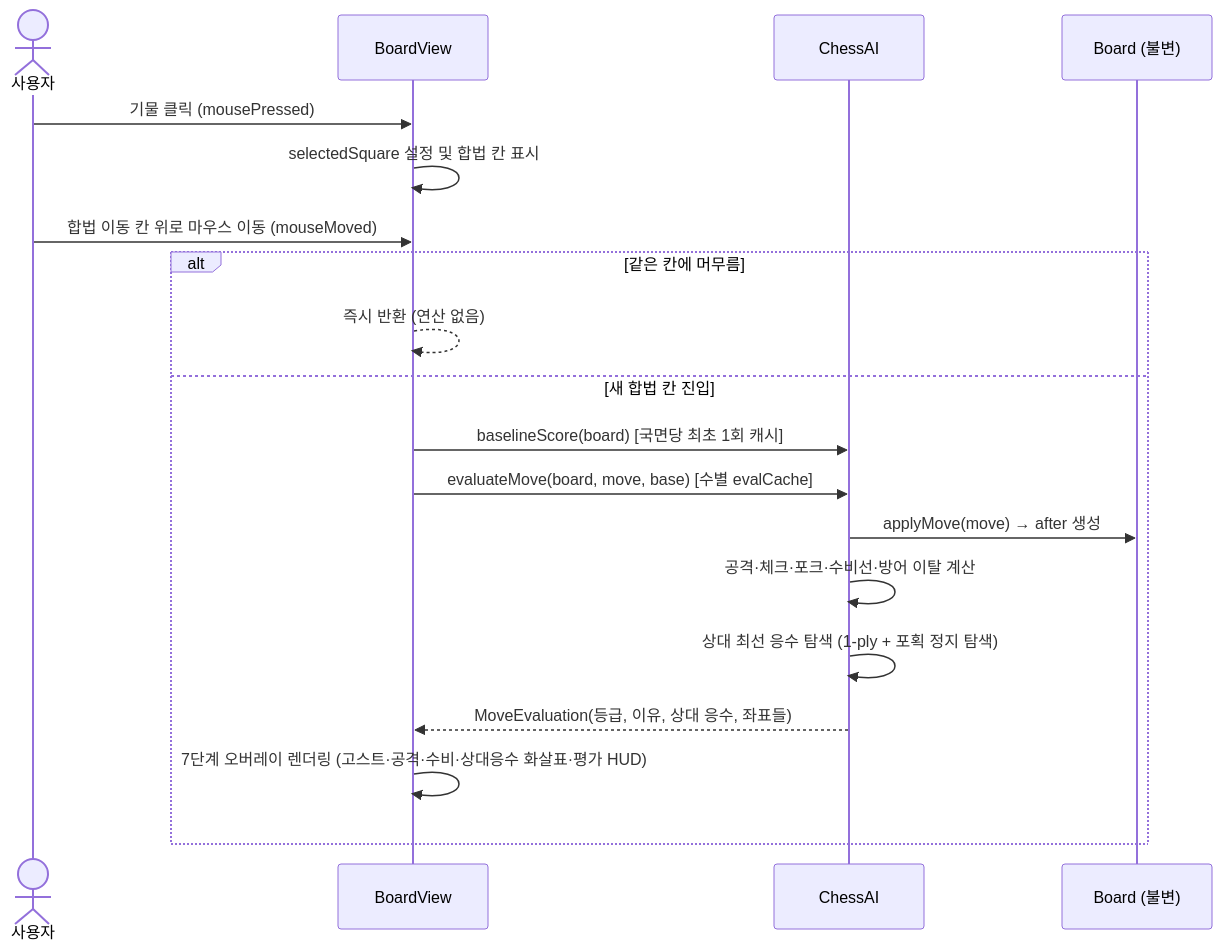
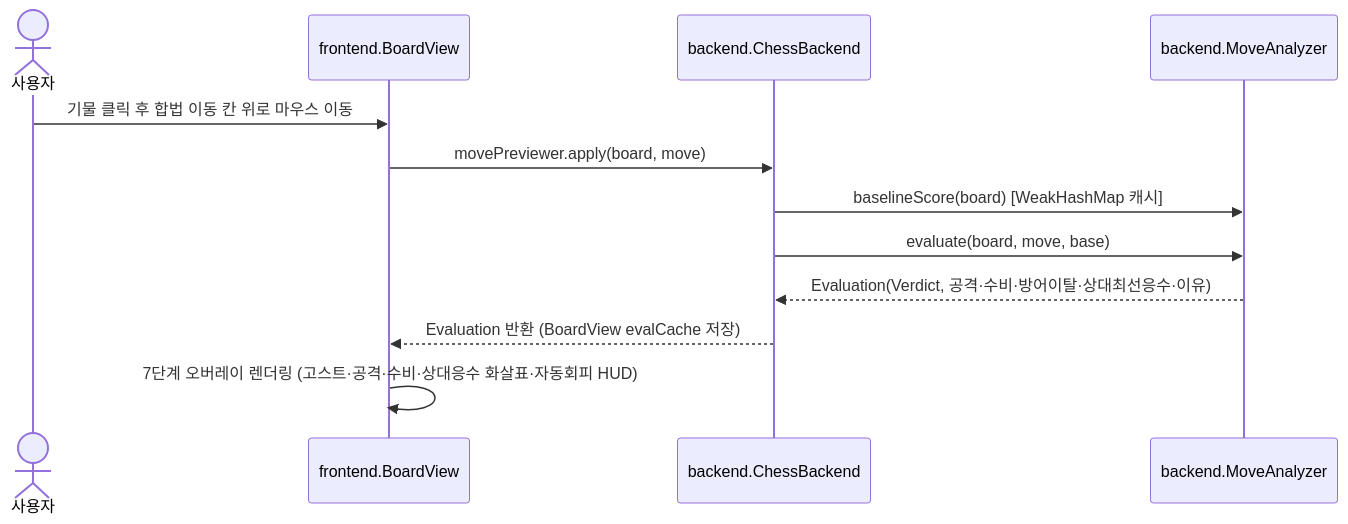
One commit to OOP-TeamA/chess-trainer changed the second of 3 diagrams in docs/architecture.md. Above: the diagram before and after it, drawn with Mermaid. The commit also changed other lines of this file and 73 other files, not shown here.

First line of the commit message:
refactor: SOLID 원칙 적용, backend/frontend 엄격 분리, Gson JSON 직렬화 도입

````diff
--- a/docs/architecture.md
+++ b/docs/architecture.md
@@ -183,22 +166,15 @@
 ```mermaid
 sequenceDiagram
     actor User as 사용자
-    participant BV as BoardView
-    participant AI as ChessAI
-    participant B as Board (불변)
+    participant BV as frontend.BoardView
+    participant BE as backend.ChessBackend
+    participant MA as backend.MoveAnalyzer
 
-    User->>BV: 기물 클릭 (mousePressed)
-    BV->>BV: selectedSquare 설정 및 합법 칸 표시
-    User->>BV: 합법 이동 칸 위로 마우스 이동 (mouseMoved)
-    alt 같은 칸에 머무름
-        BV-->>BV: 즉시 반환 (연산 없음)
-    else 새 합법 칸 진입
-        BV->>AI: baselineScore(board) [국면당 최초 1회 캐시]
-        BV->>AI: evaluateMove(board, move, base) [수별 evalCache]
-        AI->>B: applyMove(move) → after 생성
-        AI->>AI: 공격·체크·포크·수비선·방어 이탈 계산
-        AI->>AI: 상대 최선 응수 탐색 (1-ply + 포획 정지 탐색)
-        AI-->>BV: MoveEvaluation(등급, 이유, 상대 응수, 좌표들)
-        BV->>BV: 7단계 오버레이 렌더링 (고스트·공격·수비·상대응수 화살표·평가 HUD)
-    end
+    User->>BV: 기물 클릭 후 합법 이동 칸 위로 마우스 이동
+    BV->>BE: movePreviewer.apply(board, move)
+    BE->>MA: baselineScore(board) [WeakHashMap 캐시]
+    BE->>MA: evaluate(board, move, base)
+    MA-->>BE: Evaluation(Verdict, 공격·수비·방어이탈·상대최선응수·이유)
+    BE-->>BV: Evaluation 반환 (BoardView evalCache 저장)
+    BV->>BV: 7단계 오버레이 렌더링 (고스트·공격·수비·상대응수 화살표·자동회피 HUD)
 ```
````
